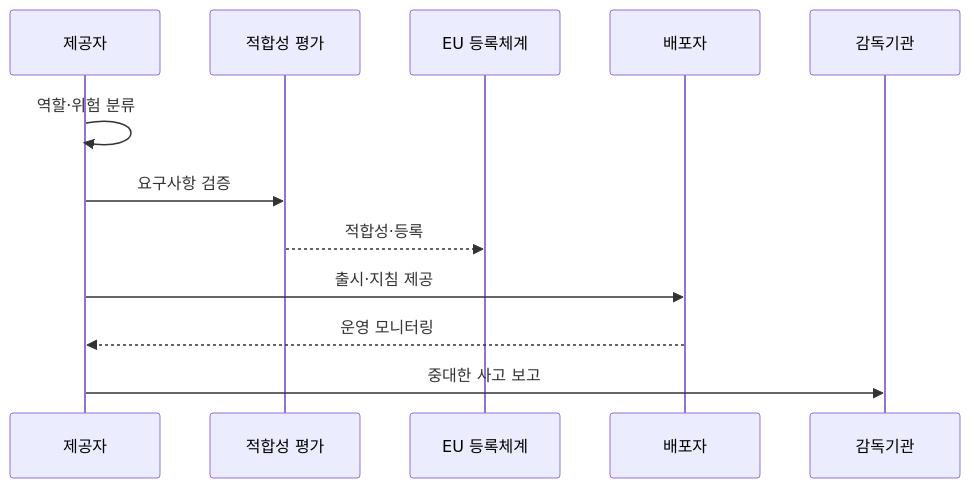
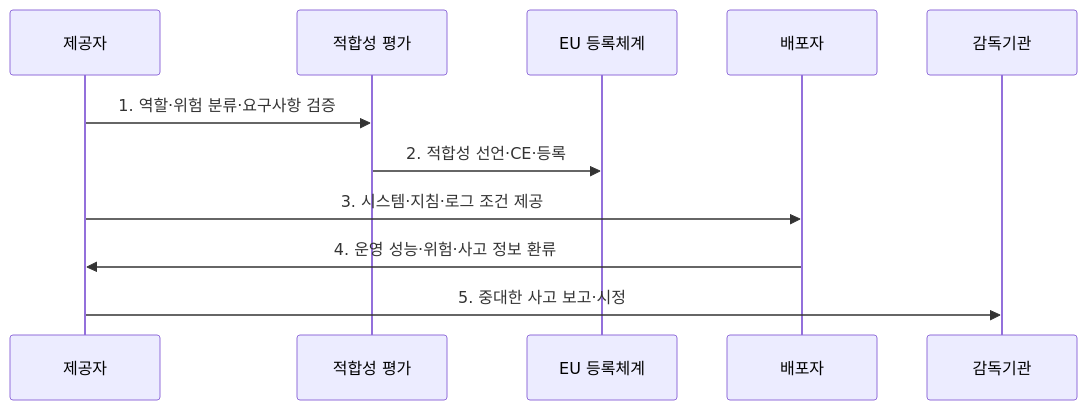
One commit to agnusdei1207/knowledge-base changed the second of 2 diagrams in src/content/docs/notes/07-law-policy/033_eu_ai_act.md. Above: the diagram before and after it, drawn with Mermaid. The commit also changed other lines of this file and 9 other files, not shown here.

````diff
--- a/src/content/docs/notes/07-law-policy/033_eu_ai_act.md
+++ b/src/content/docs/notes/07-law-policy/033_eu_ai_act.md
@@ -87,14 +84,13 @@
 ```mermaid
 sequenceDiagram
     participant P as 제공자
     participant C as 적합성 평가
     participant R as EU 등록체계
     participant U as 배포자
     participant A as 감독기관
-    P->>P: 역할·위험 분류
-    P->>C: 요구사항 검증
-    C-->>R: 적합성·등록
-    P->>U: 출시·지침 제공
-    U-->>P: 운영 모니터링
-    P->>A: 중대한 사고 보고
+    P->>C: 1. 역할·위험 분류·요구사항 검증
+    C->>R: 2. 적합성 선언·CE·등록
+    P->>U: 3. 시스템·지침·로그 조건 제공
+    U->>P: 4. 운영 성능·위험·사고 정보 환류
+    P->>A: 5. 중대한 사고 보고·시정
 ```
````
